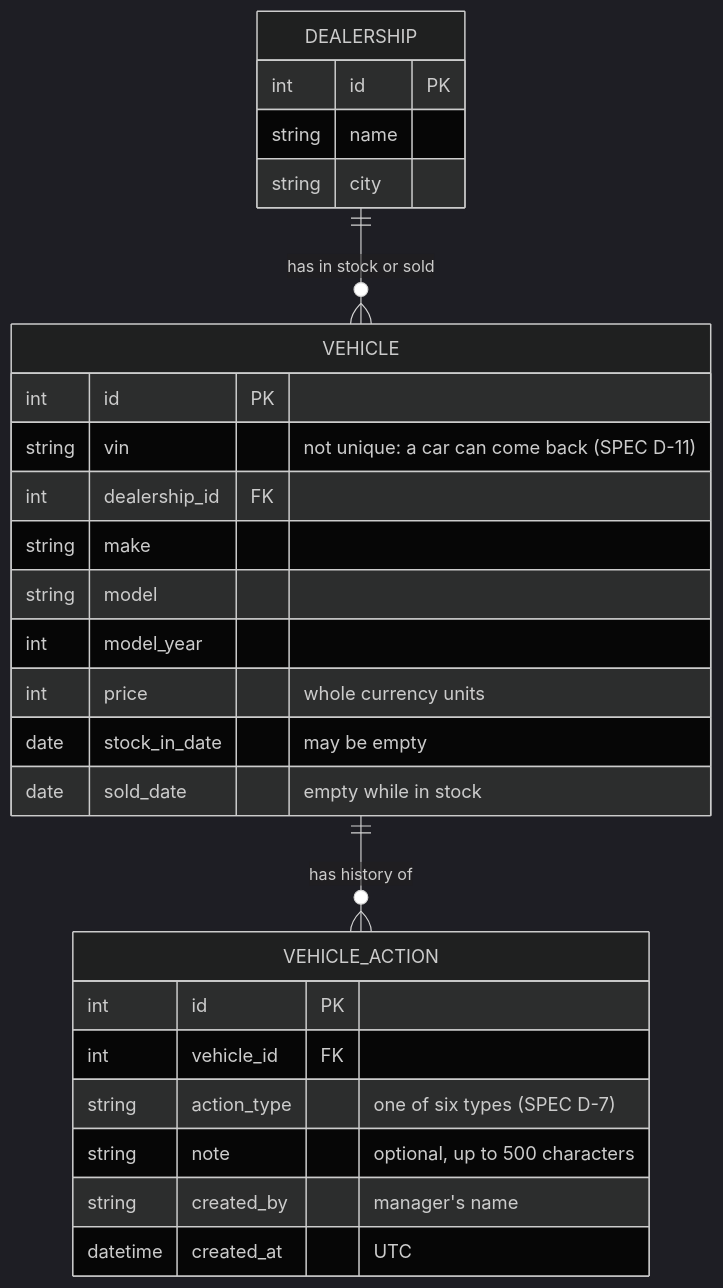
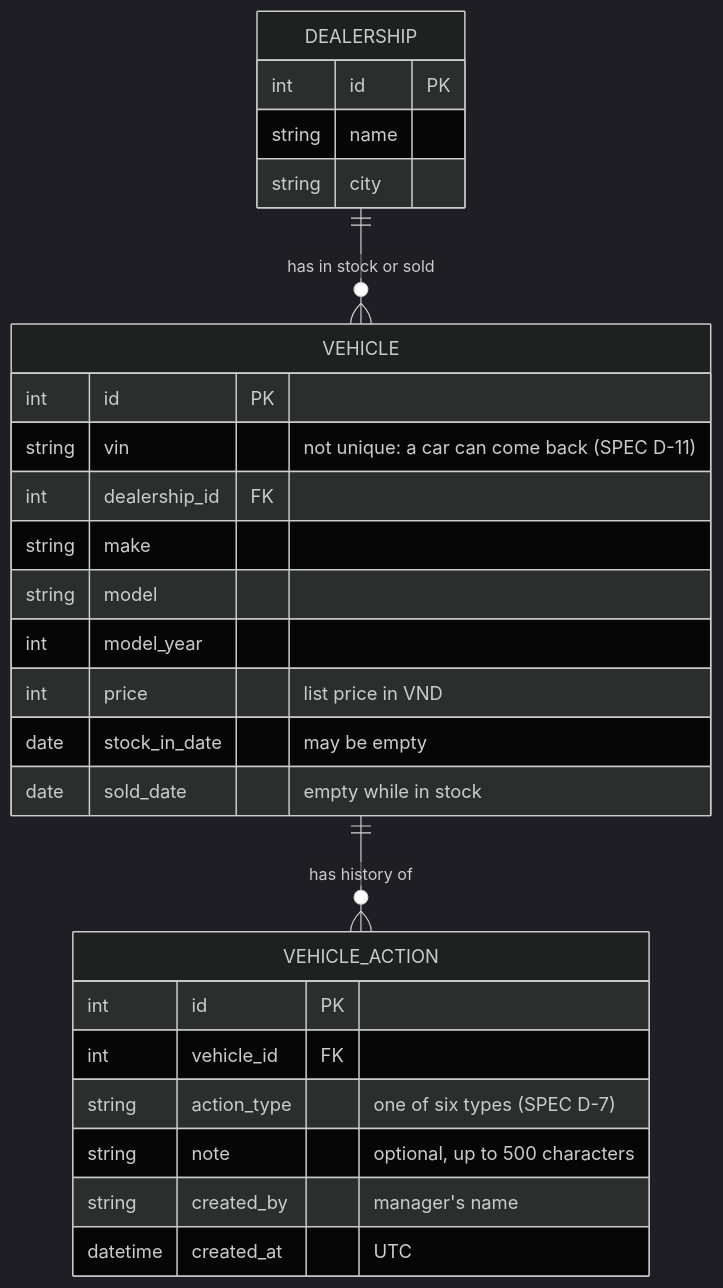
The second of 4 diagrams in docs/SYSTEM_DESIGN.md (giang-nh/keyloop-inventory), drawn with Mermaid (dark theme) before and after one commit. The commit also changed other lines of this file and 14 other files, not shown here.

````diff
--- a/docs/SYSTEM_DESIGN.md
+++ b/docs/SYSTEM_DESIGN.md
@@ -109,30 +113,30 @@
 ```mermaid
 erDiagram
     DEALERSHIP ||--o{ VEHICLE : "has in stock or sold"
     VEHICLE ||--o{ VEHICLE_ACTION : "has history of"
 
     DEALERSHIP {
         int id PK
         string name
         string city
     }
     VEHICLE {
         int id PK
         string vin "not unique: a car can come back (SPEC D-11)"
         int dealership_id FK
         string make
         string model
         int model_year
-        int price "whole currency units"
+        int price "list price in VND"
         date stock_in_date "may be empty"
         date sold_date "empty while in stock"
     }
     VEHICLE_ACTION {
         int id PK
         int vehicle_id FK
         string action_type "one of six types (SPEC D-7)"
         string note "optional, up to 500 characters"
         string created_by "manager's name"
         datetime created_at "UTC"
     }
 ```
````
